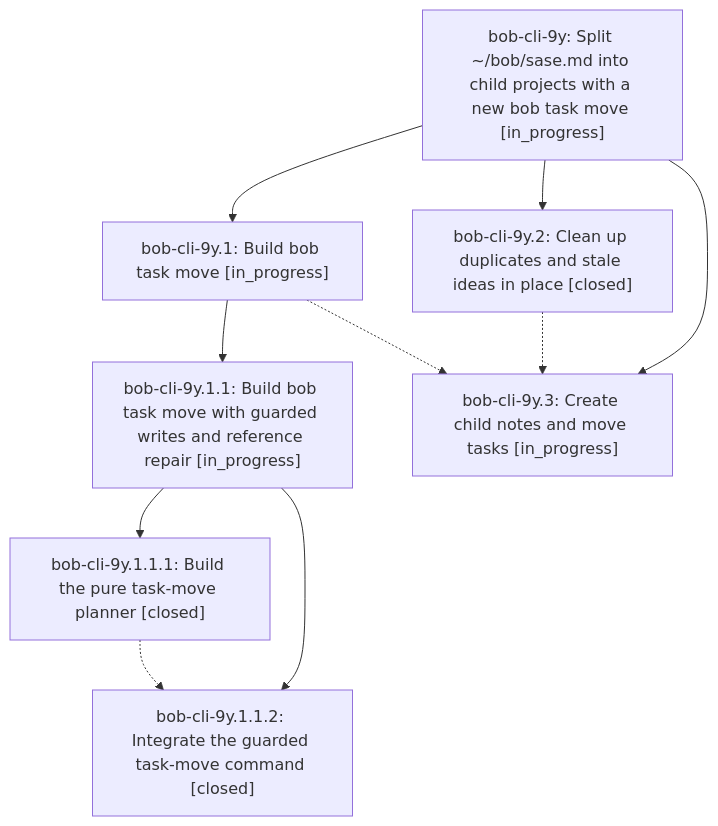
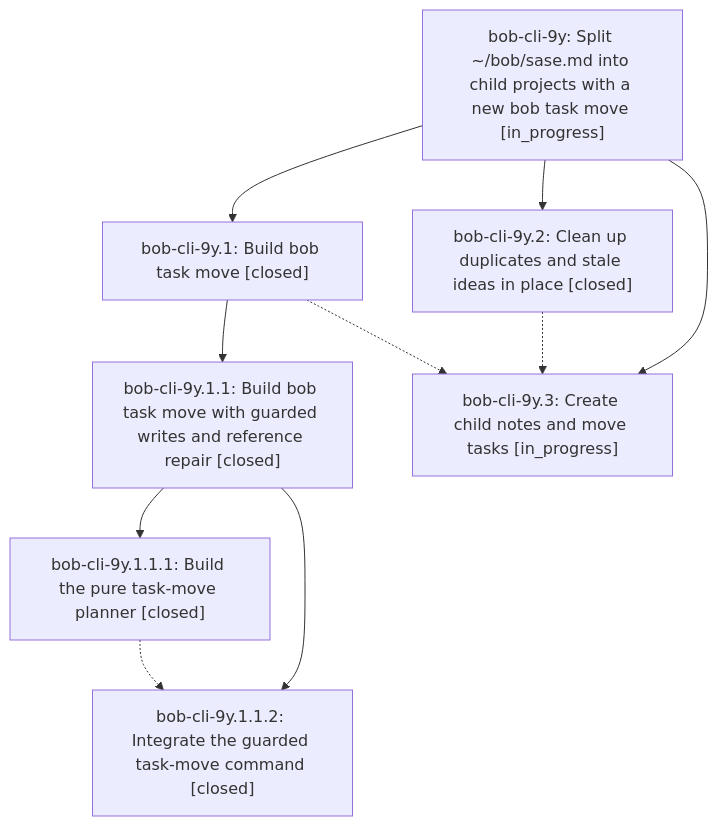
One commit to bobs-org/bob-cli--beads changed the diagram in pages/bob-cli-9y/README.md. Above: the diagram before and after it, drawn with Mermaid. The commit also changed other lines of this file and 4 other files, not shown here.

First line of the commit message:
chore(beads): sync bead state and pages for bob-cli-9y

````diff
--- a/pages/bob-cli-9y/README.md
+++ b/pages/bob-cli-9y/README.md
@@ -36,19 +36,19 @@
 ```mermaid
 flowchart TD
     n0["bob-cli-9y: Split ~/bob/sase.md into child projects with a new bob task move [in_progress]"]
-    n1["bob-cli-9y.1: Build bob task move [in_progress]"]
-    n2["bob-cli-9y.1.1: Build bob task move with guarded writes and reference repair [in_progress]"]
+    n1["bob-cli-9y.1: Build bob task move [closed]"]
+    n2["bob-cli-9y.1.1: Build bob task move with guarded writes and reference repair [closed]"]
     n3["bob-cli-9y.1.1.1: Build the pure task-move planner [closed]"]
     n4["bob-cli-9y.1.1.2: Integrate the guarded task-move command [closed]"]
     n5["bob-cli-9y.2: Clean up duplicates and stale ideas in place [closed]"]
     n6["bob-cli-9y.3: Create child notes and move tasks [in_progress]"]
     n0 --> n1
     n1 --> n2
     n2 --> n3
     n2 --> n4
     n0 --> n5
     n0 --> n6
     n1 -.-> n6
     n3 -.-> n4
     n5 -.-> n6
 ```
````
